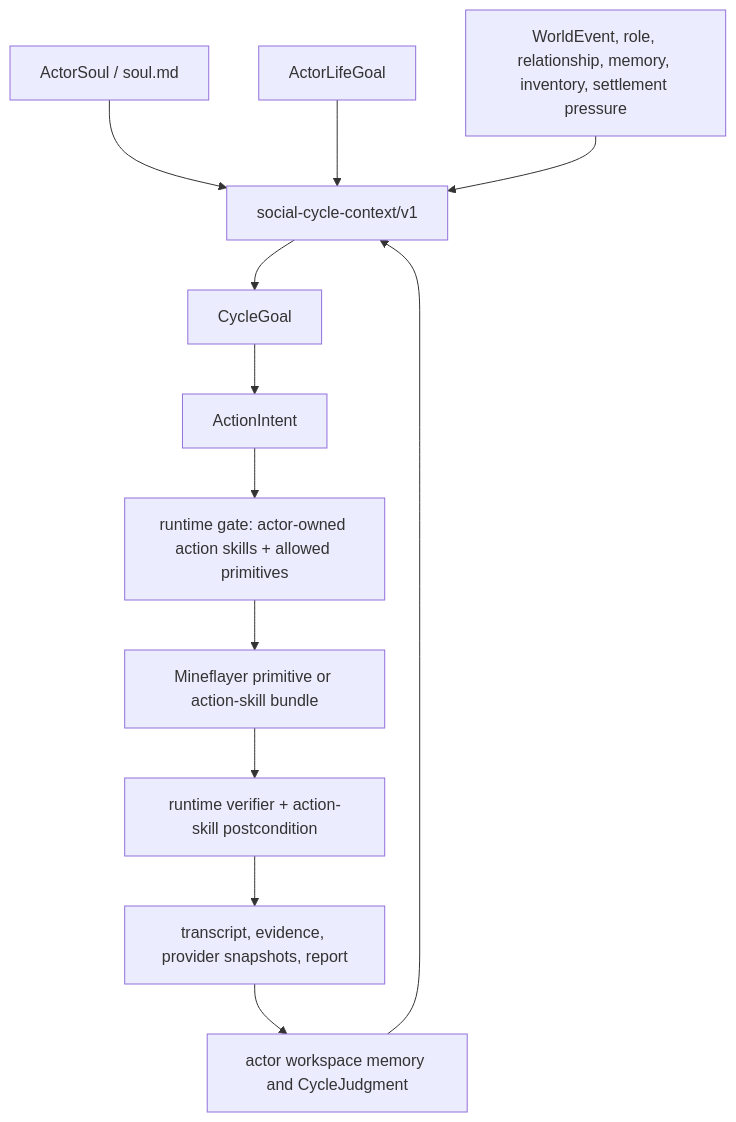
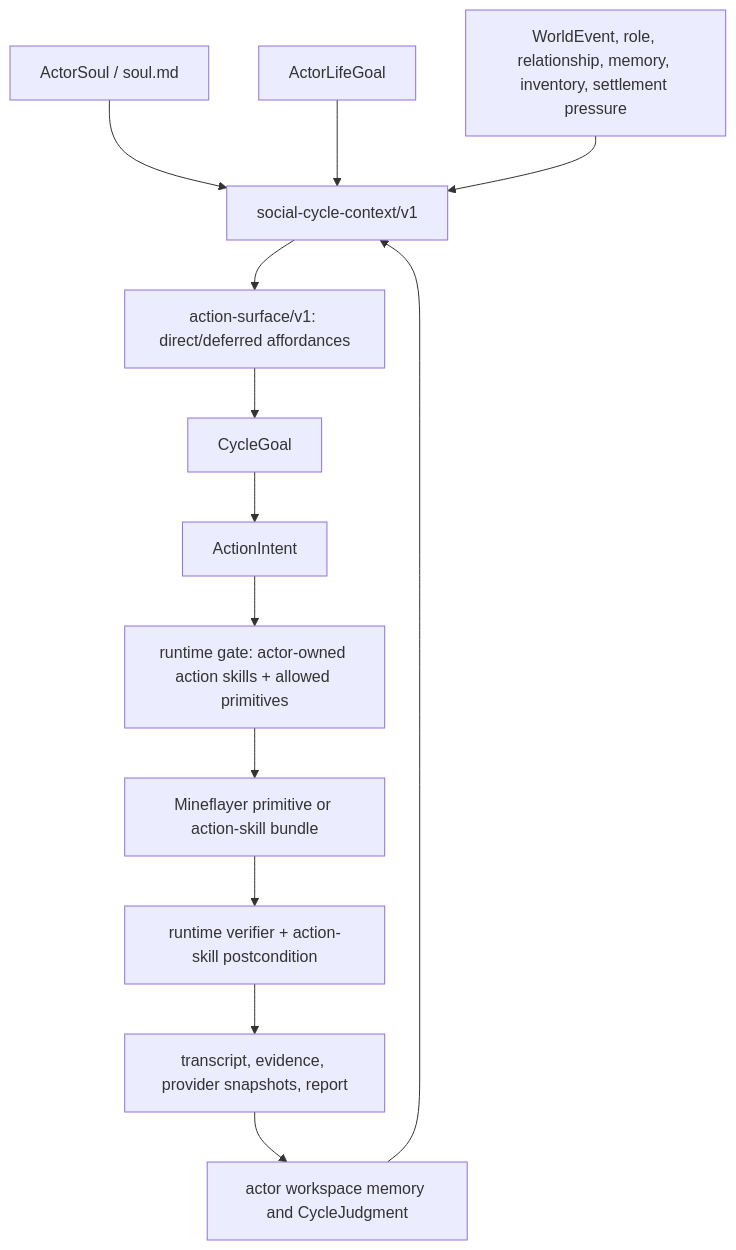
The first of 4 diagrams in README.md (gigio1023/minecraft-llm-agent-community), drawn with Mermaid before and after one commit. The commit also changed other lines of this file and 62 other files, not shown here.

````diff
--- a/README.md
+++ b/README.md
@@ -45,26 +49,28 @@
 ```mermaid
 flowchart TD
   Soul["ActorSoul / soul.md"]
   LifeGoal["ActorLifeGoal"]
   Pressure["WorldEvent, role, relationship, memory, inventory, settlement pressure"]
   Context["social-cycle-context/v1"]
+  Surface["action-surface/v1: direct/deferred affordances"]
   CycleGoal["CycleGoal"]
   Intent["ActionIntent"]
   Gate["runtime gate: actor-owned action skills + allowed primitives"]
   Execute["Mineflayer primitive or action-skill bundle"]
   Verify["runtime verifier + action-skill postcondition"]
   Artifacts["transcript, evidence, provider snapshots, report"]
   Memory["actor workspace memory and CycleJudgment"]
 
   Soul --> Context
   LifeGoal --> Context
   Pressure --> Context
-  Context --> CycleGoal
+  Context --> Surface
+  Surface --> CycleGoal
   CycleGoal --> Intent
   Intent --> Gate
   Gate --> Execute
   Execute --> Verify
   Verify --> Artifacts
   Artifacts --> Memory
   Memory --> Context
 ```
````
